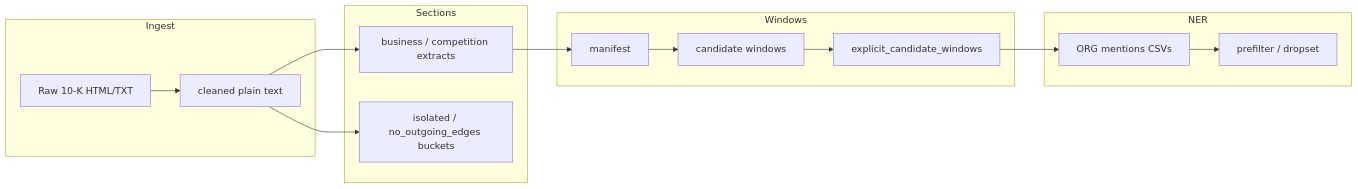
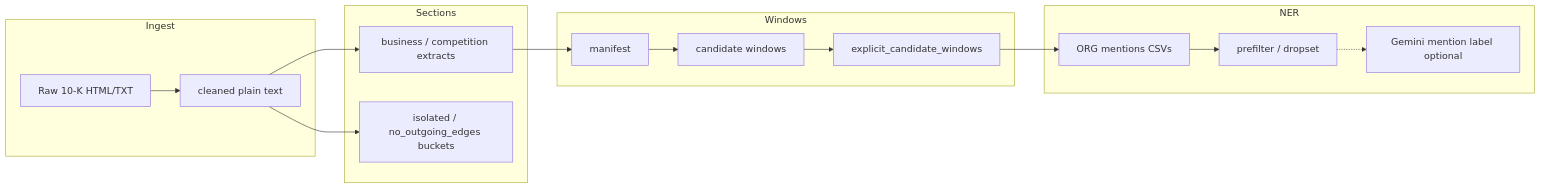
One commit to JuneKim0712/research changed the diagram in README.md. Above: the diagram before and after it, drawn with Mermaid. The commit also changed other lines of this file and 10 other files, not shown here.

````diff
--- a/README.md
+++ b/README.md
@@ -53,23 +54,25 @@
 ```mermaid
 flowchart LR
   subgraph ingest [Ingest]
     Raw[Raw 10-K HTML/TXT]
     Clean[cleaned plain text]
   end
   subgraph sections [Sections]
     Biz[business / competition extracts]
     Iso[isolated / no_outgoing_edges buckets]
   end
   subgraph windows [Windows]
     Man[manifest]
     ABCD[candidate windows]
     Exp[explicit_candidate_windows]
   end
   subgraph ner [NER]
     ORG[ORG mentions CSVs]
     Flt[prefilter / dropset]
+    LLM[Gemini mention label optional]
   end
   Raw --> Clean --> Biz
   Clean --> Iso
   Biz --> Man --> ABCD --> Exp --> ORG --> Flt
+  Flt -.-> LLM
 ```
````
